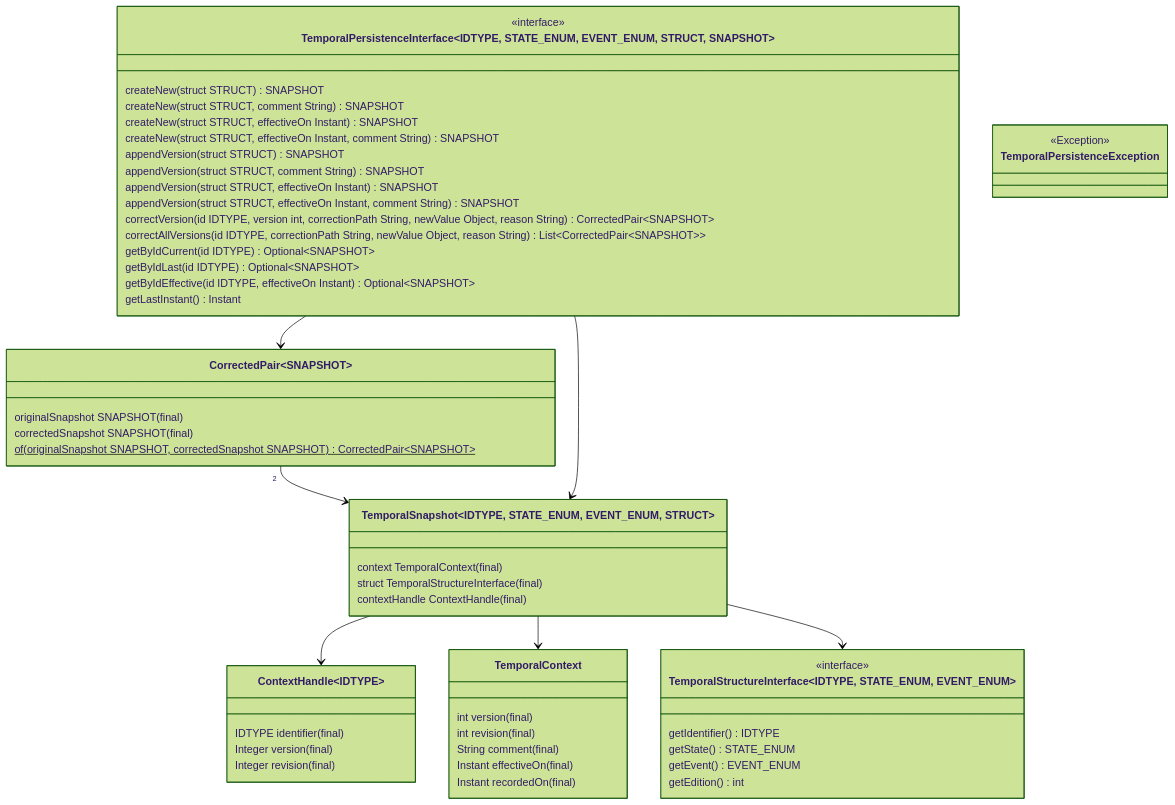
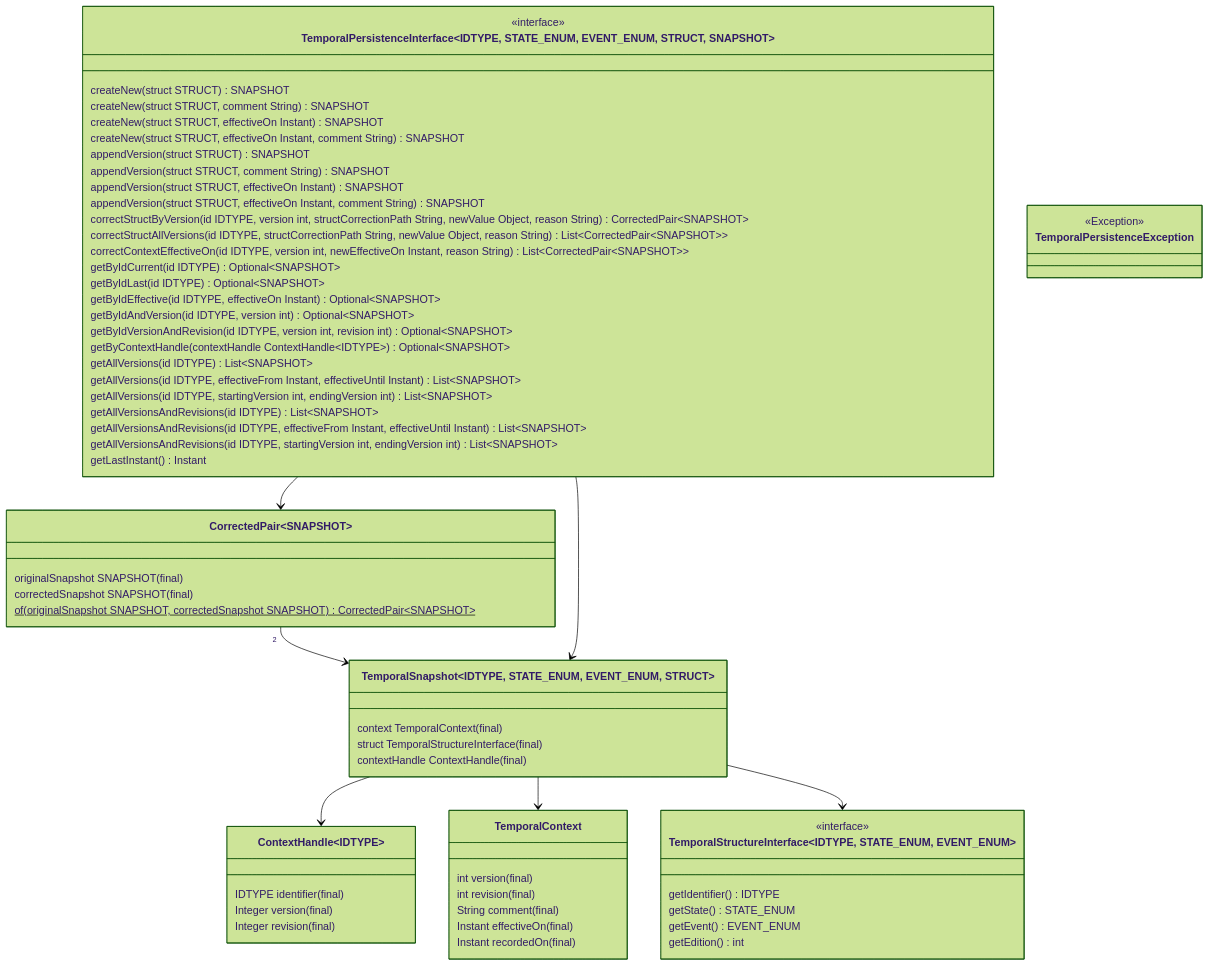
One commit to drp2179/bi-temporal-data-base-lib changed the diagram in README.md. Above: the diagram before and after it, drawn with Mermaid (forest theme).

Commit message:
complete mermaid description of TemporalPersistenceInterface

```diff
--- a/README.md
+++ b/README.md
@@ -61,16 +61,26 @@
         appendVersion(struct STRUCT, effectiveOn Instant) SNAPSHOT
         appendVersion(struct STRUCT, effectiveOn Instant, comment String) SNAPSHOT
         
-        correctVersion(id IDTYPE, version int, correctionPath String, newValue Object, reason String) CorrectedPair~SNAPSHOT~
-        correctAllVersions(id IDTYPE, correctionPath String, newValue Object, reason String) List~CorrectedPair~SNAPSHOT~~
+        correctStructByVersion(id IDTYPE, version int, structCorrectionPath String, newValue Object, reason String) CorrectedPair~SNAPSHOT~
+        correctStructAllVersions(id IDTYPE, structCorrectionPath String, newValue Object, reason String) List~CorrectedPair~SNAPSHOT~~
+        correctContextEffectiveOn(id IDTYPE, version int, newEffectiveOn Instant, reason String) List~CorrectedPair~SNAPSHOT~~
         
         getByIdCurrent(id IDTYPE) Optional~SNAPSHOT~
         getByIdLast(id IDTYPE) Optional~SNAPSHOT~
         getByIdEffective(id IDTYPE, effectiveOn Instant) Optional~SNAPSHOT~
+        getByIdAndVersion(id IDTYPE, version int) Optional~SNAPSHOT~
+        getByIdVersionAndRevision(id IDTYPE, version int, revision int) Optional~SNAPSHOT~
+        getByContextHandle(contextHandle ContextHandle~IDTYPE~) Optional~SNAPSHOT~
+        getAllVersions(id IDTYPE) List~SNAPSHOT~
+        getAllVersions(id IDTYPE, effectiveFrom Instant, effectiveUntil Instant) List~SNAPSHOT~
+        getAllVersions(id IDTYPE, startingVersion int, endingVersion int) List~SNAPSHOT~
+        getAllVersionsAndRevisions(id IDTYPE) List~SNAPSHOT~
+        getAllVersionsAndRevisions(id IDTYPE, effectiveFrom Instant, effectiveUntil Instant) List~SNAPSHOT~
+        getAllVersionsAndRevisions(id IDTYPE, startingVersion int, endingVersion int) List~SNAPSHOT~
         
         getLastInstant() Instant
     }
-
+    
     TemporalPersistenceInterface --> TemporalSnapshot
     TemporalPersistenceInterface --> CorrectedPair
     
```
